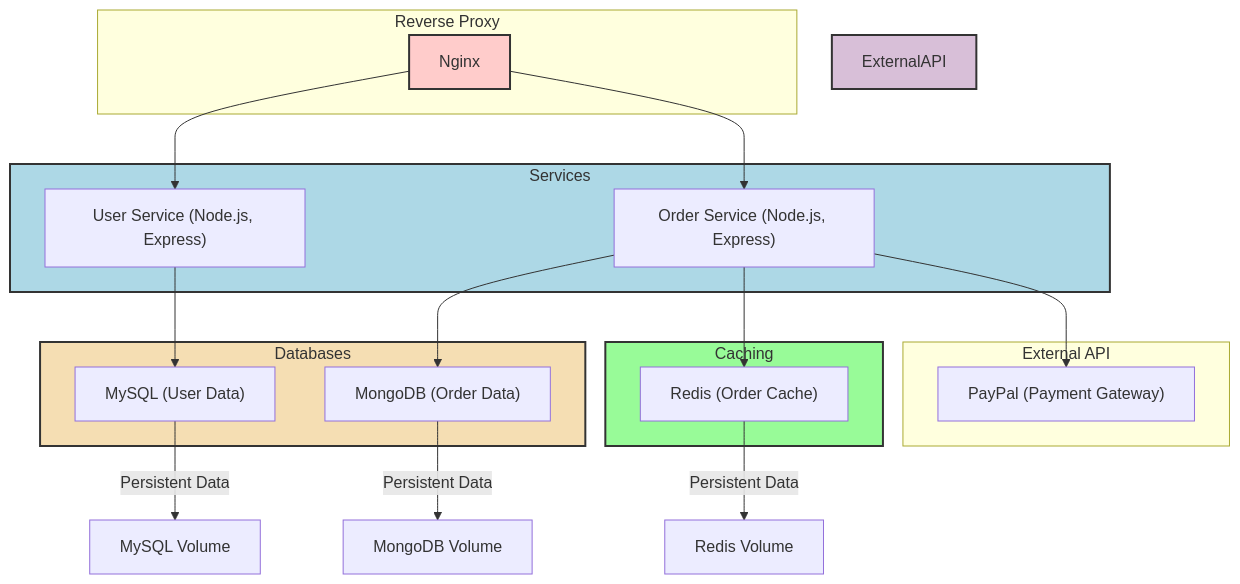
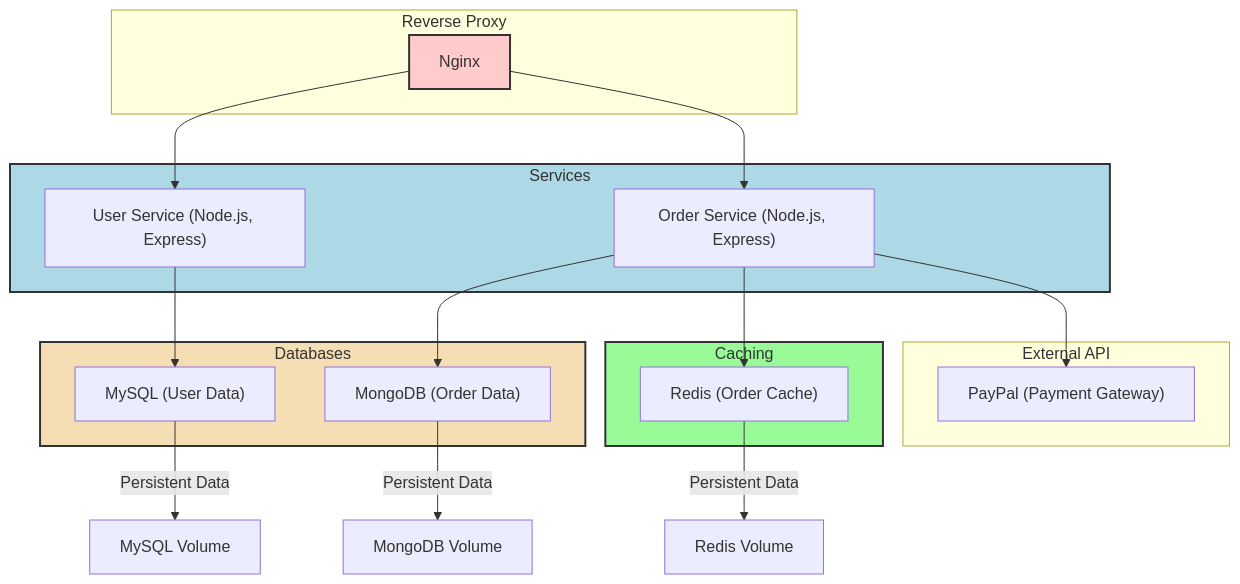
Before and after one commit to wynemo/payment-demo: the diagram in readme.md, drawn with Mermaid.

````diff
--- a/readme.md
+++ b/readme.md
@@ -267,43 +267,42 @@
 ```mermaid
 graph TD
   subgraph Reverse Proxy
     Nginx["Nginx"]
   end
 
   subgraph Services
     UserService["User Service (Node.js, Express)"]
     OrderService["Order Service (Node.js, Express)"]
   end
 
   subgraph Databases
     MySQL["MySQL (User Data)"]
     MongoDB["MongoDB (Order Data)"]
   end
 
   subgraph Caching
     Redis["Redis (Order Cache)"]
   end
 
   subgraph External API
     PayPal["PayPal (Payment Gateway)"]
   end
 
   Nginx --> UserService
   Nginx --> OrderService
 
   UserService --> MySQL
   OrderService --> MongoDB
   OrderService --> Redis
 
   OrderService --> PayPal
 
   MySQL -->|Persistent Data| DataVolume1["MySQL Volume"]
   MongoDB -->|Persistent Data| DataVolume2["MongoDB Volume"]
   Redis -->|Persistent Data| DataVolume3["Redis Volume"]
 
   style Nginx fill:#ffcccb,stroke:#333,stroke-width:2px
   style Services fill:#add8e6,stroke:#333,stroke-width:2px
   style Databases fill:#f5deb3,stroke:#333,stroke-width:2px
   style Caching fill:#98fb98,stroke:#333,stroke-width:2px
-  style ExternalAPI fill:#d8bfd8,stroke:#333,stroke-width:2px
 ```
````
